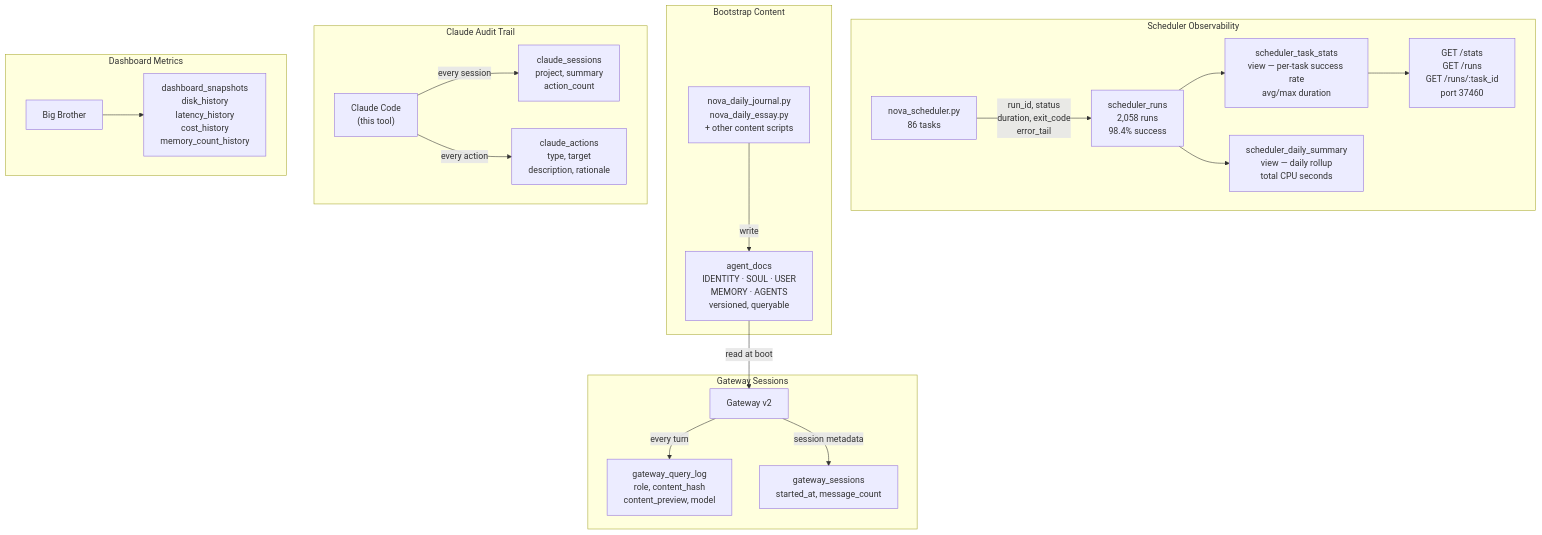
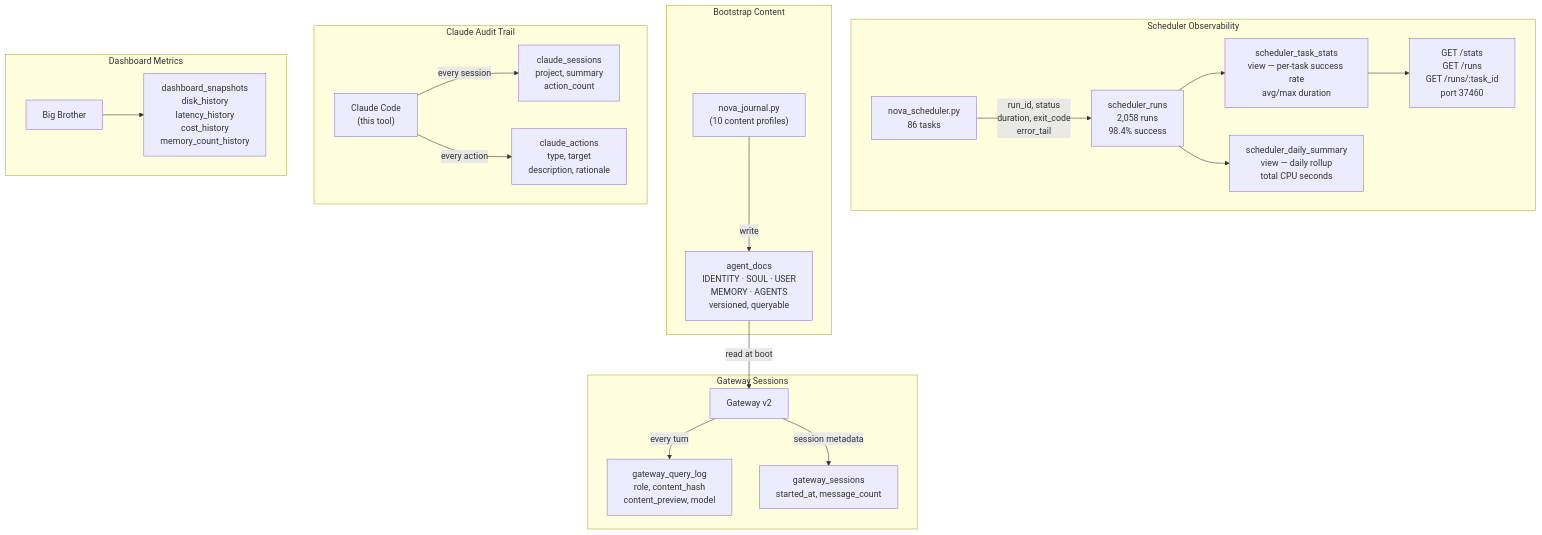
Before and after one commit to kochj23/nova: the fifth of 7 diagrams in README.md, drawn with Mermaid. The commit also changed other lines of this file, not shown here.

First line of the commit message:
docs(readme): Update content pipeline to reflect unified nova_journal.py

````diff
--- a/README.md
+++ b/README.md
@@ -247,28 +247,28 @@
 ```mermaid
 graph TD
     subgraph "Scheduler Observability"
         Sched["nova_scheduler.py\n86 tasks"] -->|"run_id, status\nduration, exit_code\nerror_tail"| SR["scheduler_runs\n2,058 runs\n98.4% success"]
         SR --> TSV["scheduler_task_stats\nview — per-task success rate\navg/max duration"]
         SR --> DSV["scheduler_daily_summary\nview — daily rollup\ntotal CPU seconds"]
         TSV --> API["GET /stats\nGET /runs\nGET /runs/:task_id\nport 37460"]
     end
 
     subgraph "Gateway Sessions"
         GW2["Gateway v2"] -->|"every turn"| GQL["gateway_query_log\nrole, content_hash\ncontent_preview, model"]
         GW2 -->|"session metadata"| GS["gateway_sessions\nstarted_at, message_count"]
     end
 
     subgraph "Bootstrap Content"
-        Scripts["nova_daily_journal.py\nnova_daily_essay.py\n+ other content scripts"] -->|"write"| AD["agent_docs\nIDENTITY · SOUL · USER\nMEMORY · AGENTS\nversioned, queryable"]
+        Scripts["nova_journal.py\n(10 content profiles)"] -->|"write"| AD["agent_docs\nIDENTITY · SOUL · USER\nMEMORY · AGENTS\nversioned, queryable"]
         AD -->|"read at boot"| GW2
     end
 
     subgraph "Claude Audit Trail"
         Me["Claude Code\n(this tool)"] -->|"every session"| CS["claude_sessions\nproject, summary\naction_count"]
         Me -->|"every action"| CA["claude_actions\ntype, target\ndescription, rationale"]
     end
 
     subgraph "Dashboard Metrics"
         BB["Big Brother"] --> DM["dashboard_snapshots\ndisk_history\nlatency_history\ncost_history\nmemory_count_history"]
     end
 ```
````
